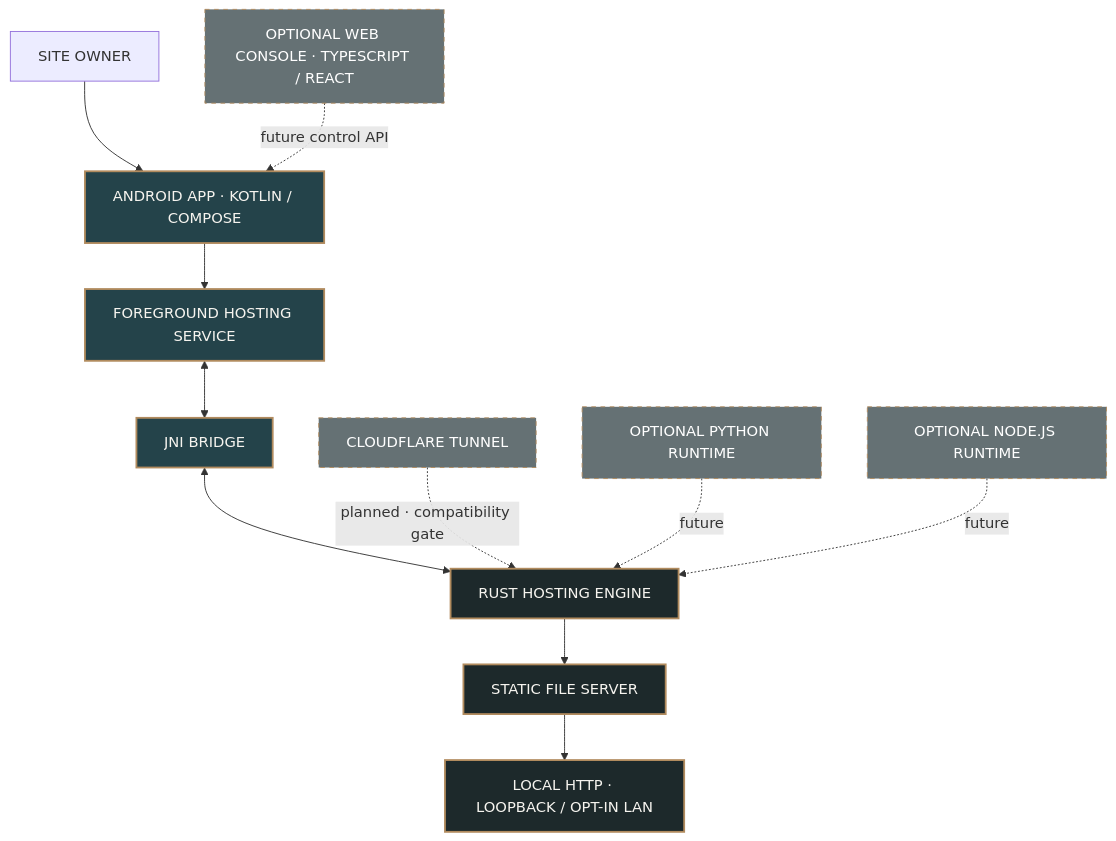
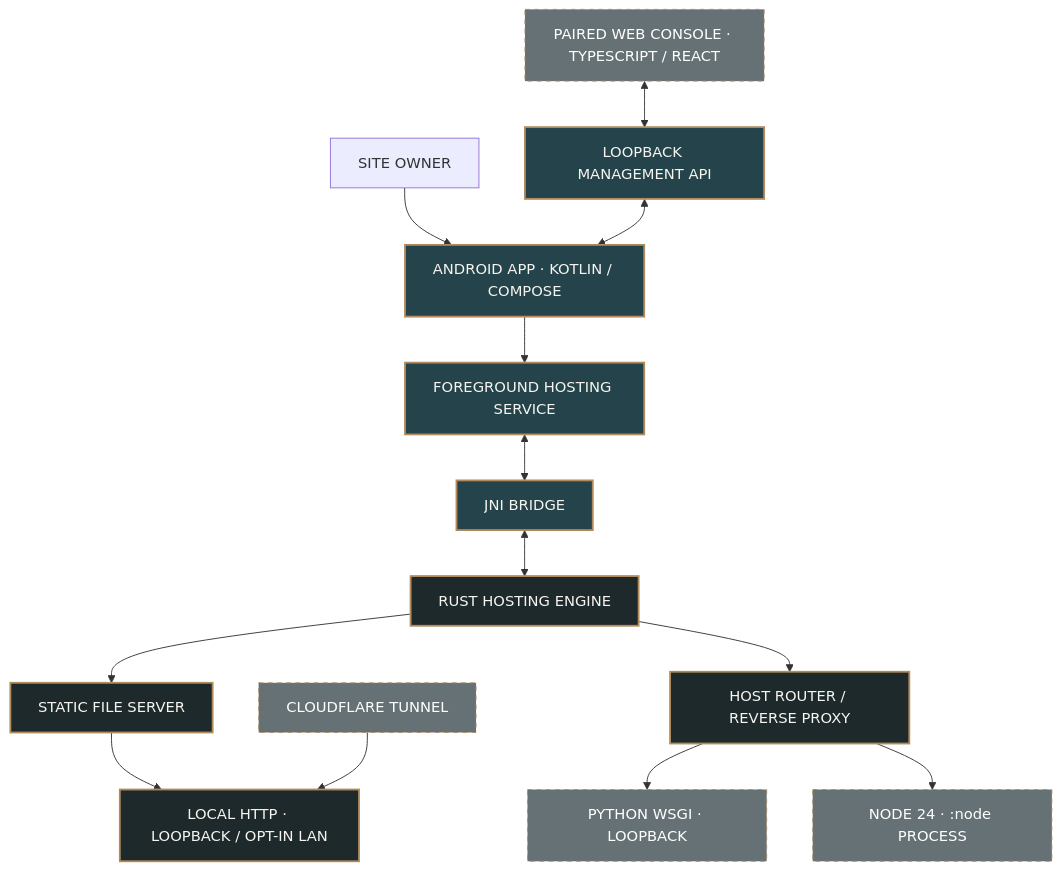
One commit to AssayFlux/PocketHost changed the diagram in README.md. Above: the diagram before and after it, drawn with Mermaid. The commit also changed other lines of this file, not shown here.

Commit message:
Align README architecture and capability matrix with integrated source

```diff
--- a/README.md
+++ b/README.md
@@ -118,19 +118,21 @@
 ~~~mermaid
 flowchart TB
     OWNER["SITE OWNER"] --> APP["ANDROID APP · KOTLIN / COMPOSE"]
     APP --> SERVICE["FOREGROUND HOSTING SERVICE"]
     SERVICE <--> JNI["JNI BRIDGE"]
     JNI <--> CORE["RUST HOSTING ENGINE"]
     CORE --> STATIC["STATIC FILE SERVER"]
     STATIC --> LOOP["LOCAL HTTP · LOOPBACK / OPT-IN LAN"]
-    CONSOLE["OPTIONAL WEB CONSOLE · TYPESCRIPT / REACT"] -. future control API .-> APP
-    TUNNEL["CLOUDFLARE TUNNEL"] -. planned · compatibility gate .-> CORE
-    PY["OPTIONAL PYTHON RUNTIME"] -. future .-> CORE
-    NODE["OPTIONAL NODE.JS RUNTIME"] -. future .-> CORE
+    CONSOLE["PAIRED WEB CONSOLE · TYPESCRIPT / REACT"] <--> API["LOOPBACK MANAGEMENT API"]
+    API <--> APP
+    CORE --> ROUTER["HOST ROUTER / REVERSE PROXY"]
+    ROUTER --> PY["PYTHON WSGI · LOOPBACK"]
+    ROUTER --> NODE["NODE 24 · :node PROCESS"]
+    TUNNEL["CLOUDFLARE TUNNEL"] --> LOOP
     classDef native fill:#24434A,color:#F6F4EF,stroke:#B18B5E,stroke-width:2px;
     classDef engine fill:#1D292B,color:#F6F4EF,stroke:#B18B5E,stroke-width:2px;
     classDef planned fill:#657174,color:#FFFFFF,stroke:#B18B5E,stroke-dasharray:5 5;
-    class APP,SERVICE,JNI native;
-    class CORE,STATIC,LOOP engine;
+    class APP,SERVICE,JNI,API native;
+    class CORE,STATIC,LOOP,ROUTER engine;
     class CONSOLE,TUNNEL,PY,NODE planned;
 ~~~
```
